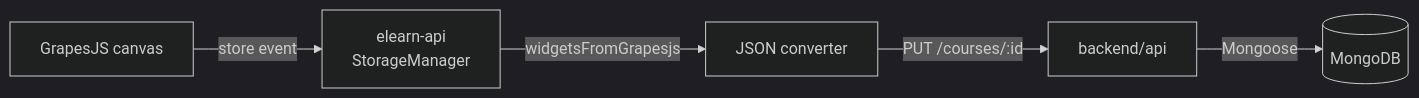
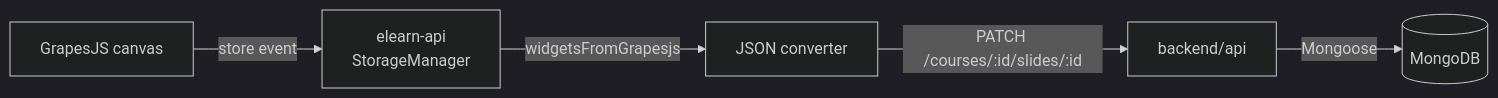
Before and after one commit to canocampus/elearn-studio: the fourth of 6 diagrams in docs/developer-guide/01-architecture.md, drawn with Mermaid (dark theme). The commit also changed other lines of this file and 6 other files, not shown here.

````diff
--- a/docs/developer-guide/01-architecture.md
+++ b/docs/developer-guide/01-architecture.md
@@ -240,7 +256,7 @@
 ```mermaid
 flowchart LR
   GJS[GrapesJS canvas] -->|store event| SM[elearn-api\nStorageManager]
   SM -->|widgetsFromGrapesjs| CONV[JSON converter]
-  CONV -->|PUT /courses/:id| API[backend/api]
+  CONV -->|PATCH /courses/:id/slides/:id| API[backend/api]
   API -->|Mongoose| DB[(MongoDB)]
 ```
````
